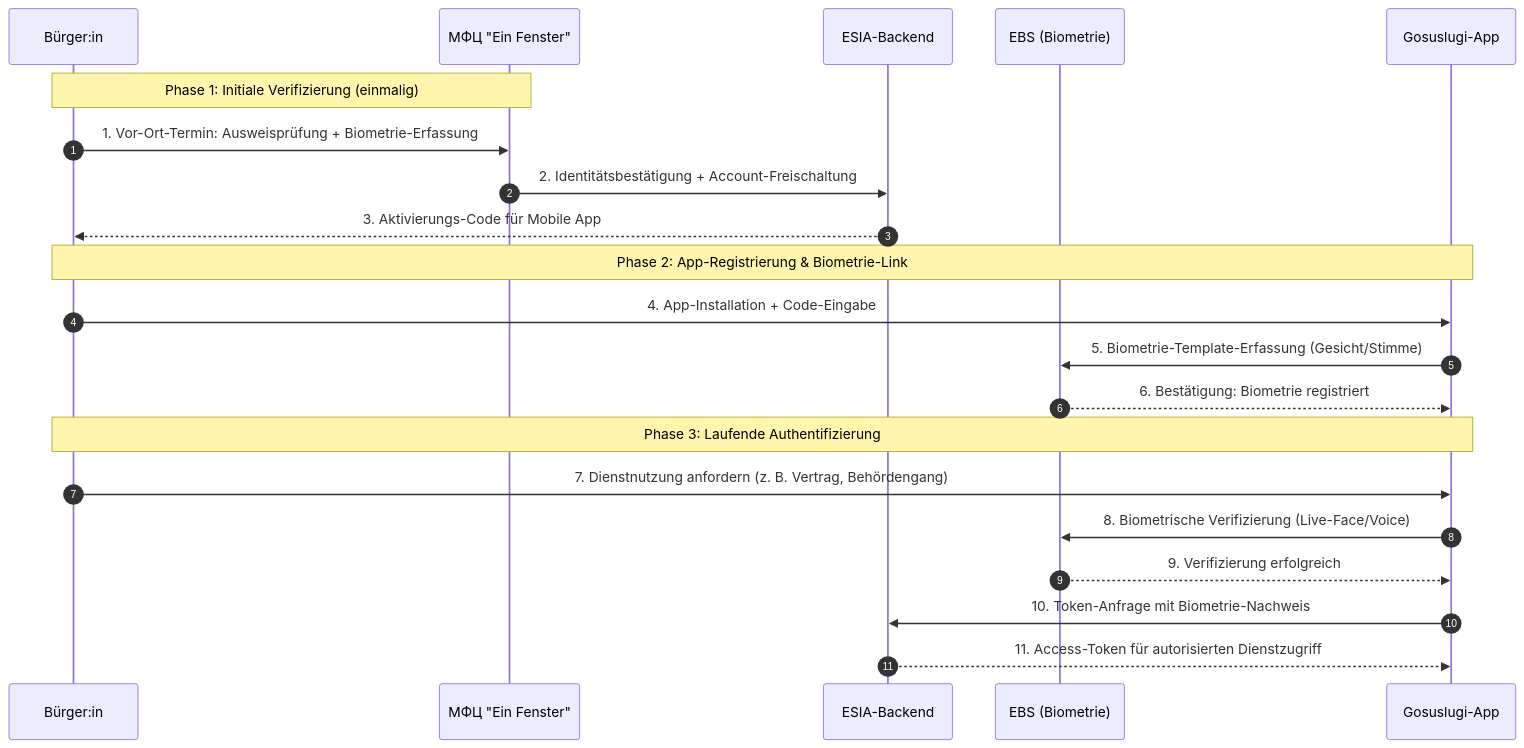
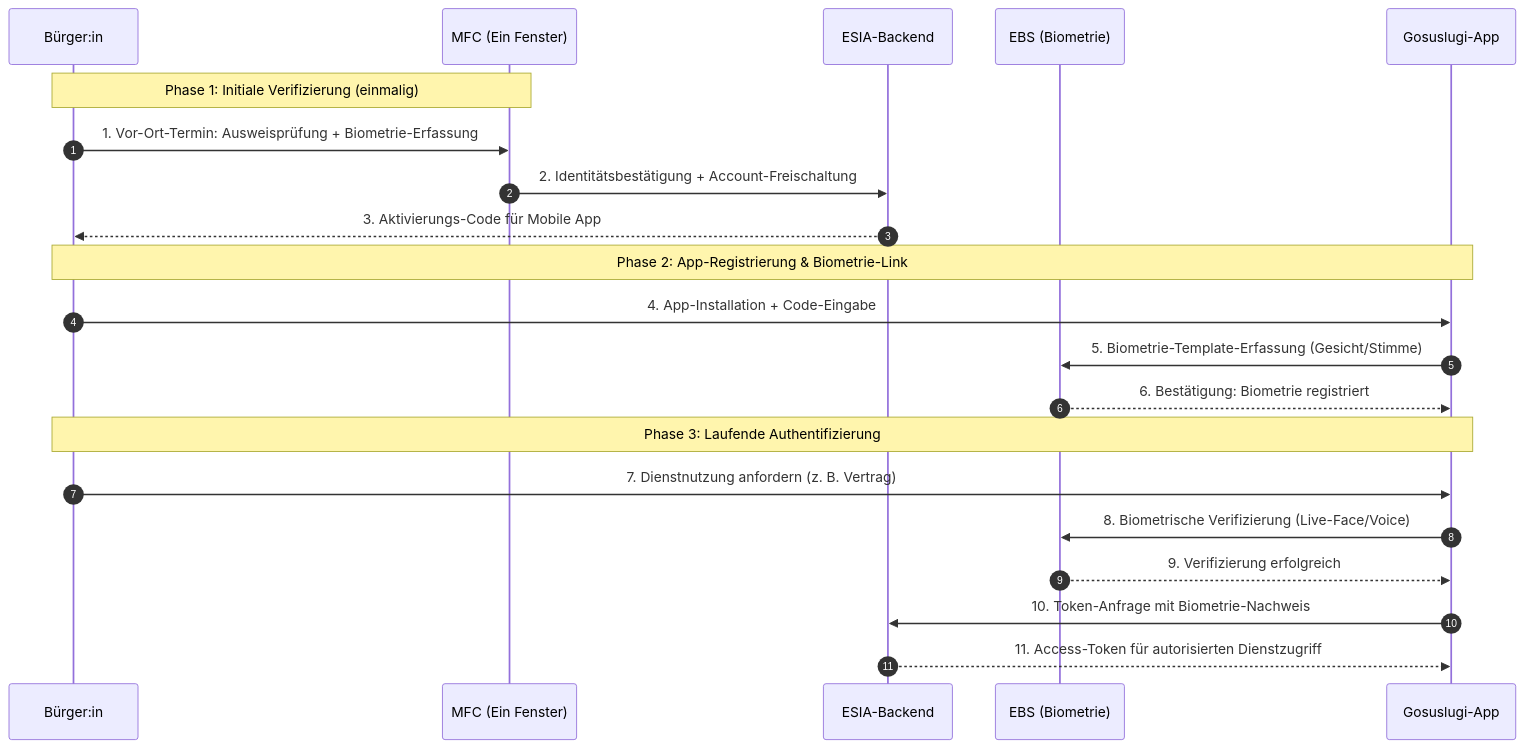
Before and after one commit to hdaipteam/sxplr-salt-repo: the tenth of 10 diagrams in docs/RSi-SxPLR-P2P-Infrastructure-Architecture-Whitepaper-DE-20260523-02.md, drawn with Mermaid. The commit also changed other lines of this file, not shown here.

Commit message:
Update participant names in architecture whitepaper

````diff
--- a/docs/RSi-SxPLR-P2P-Infrastructure-Architecture-Whitepaper-DE-20260523-02.md
+++ b/docs/RSi-SxPLR-P2P-Infrastructure-Architecture-Whitepaper-DE-20260523-02.md
@@ -2565,26 +2565,26 @@
 ```mermaid
 sequenceDiagram
     autonumber
     participant U as Bürger:in
-    participant MFC as МФЦ "Ein Fenster"
+    participant MFC as MFC (Ein Fenster)
     participant ESIA as ESIA-Backend
     participant EBS as EBS (Biometrie)
     participant APP as Gosuslugi-App
 
     Note over U,MFC: Phase 1: Initiale Verifizierung (einmalig)
     U->>MFC: 1. Vor-Ort-Termin: Ausweisprüfung + Biometrie-Erfassung
     MFC->>ESIA: 2. Identitätsbestätigung + Account-Freischaltung
     ESIA-->>U: 3. Aktivierungs-Code für Mobile App
     
     Note over U,APP: Phase 2: App-Registrierung & Biometrie-Link
     U->>APP: 4. App-Installation + Code-Eingabe
     APP->>EBS: 5. Biometrie-Template-Erfassung (Gesicht/Stimme)
     EBS-->>APP: 6. Bestätigung: Biometrie registriert
     
     Note over U,APP: Phase 3: Laufende Authentifizierung
-    U->>APP: 7. Dienstnutzung anfordern (z. B. Vertrag, Behördengang)
+    U->>APP: 7. Dienstnutzung anfordern (z. B. Vertrag)
     APP->>EBS: 8. Biometrische Verifizierung (Live-Face/Voice)
     EBS-->>APP: 9. Verifizierung erfolgreich
     APP->>ESIA: 10. Token-Anfrage mit Biometrie-Nachweis
     ESIA-->>APP: 11. Access-Token für autorisierten Dienstzugriff
 ```
````
